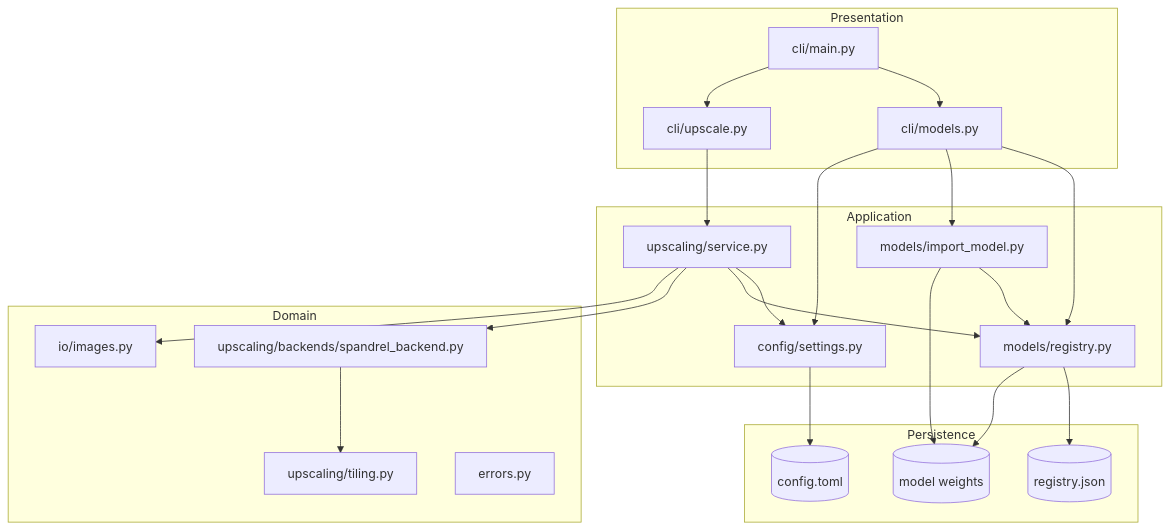
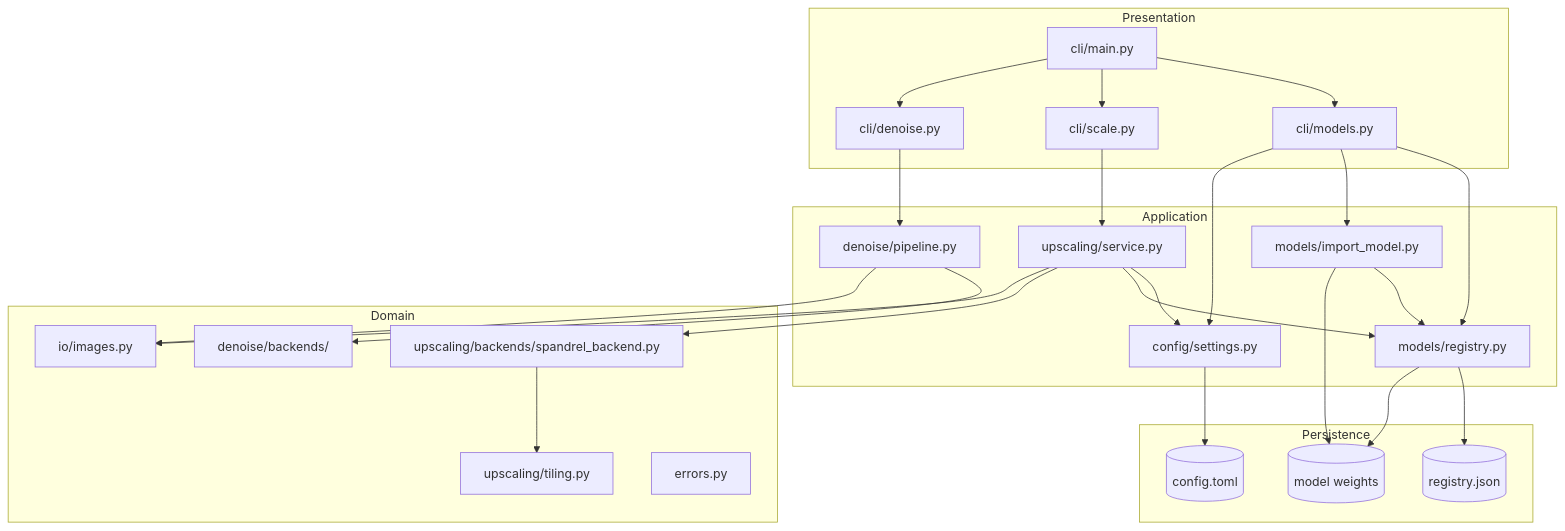
Before and after one commit to codeprimate/easyupscaler: the second of 4 diagrams in docs/architecture.md, drawn with Mermaid. The commit also changed other lines of this file and 39 other files, not shown here.

````diff
--- a/docs/architecture.md
+++ b/docs/architecture.md
@@ -46,45 +46,52 @@
 ```mermaid
 flowchart TB
   subgraph presentation [Presentation]
     MAIN[cli/main.py]
     MODELS_CMD[cli/models.py]
-    UPSCALE_CMD[cli/upscale.py]
+    SCALE_CMD[cli/scale.py]
+    DENOISE_CMD[cli/denoise.py]
   end
 
   subgraph application [Application]
     CFG[config/settings.py]
     REG[models/registry.py]
     IMP[models/import_model.py]
     SVC[upscaling/service.py]
+    DENOISE_SVC[denoise/pipeline.py]
   end
 
   subgraph domain [Domain]
     BACKEND[upscaling/backends/spandrel_backend.py]
+    DENOISE_BACKENDS[denoise/backends/]
     TILE[upscaling/tiling.py]
     IO[io/images.py]
     ERR[errors.py]
   end
 
   subgraph persistence [Persistence]
     CONF[(config.toml)]
     REGJSON[(registry.json)]
     WEIGHTS[(model weights)]
   end
 
   MAIN --> MODELS_CMD
-  MAIN --> UPSCALE_CMD
+  MAIN --> SCALE_CMD
+  MAIN --> DENOISE_CMD
   MODELS_CMD --> REG
   MODELS_CMD --> IMP
   MODELS_CMD --> CFG
-  UPSCALE_CMD --> SVC
+  SCALE_CMD --> SVC
+  DENOISE_CMD --> DENOISE_SVC
+  DENOISE_SVC --> DENOISE_BACKENDS
+  DENOISE_SVC --> IO
   SVC --> CFG
   SVC --> REG
   SVC --> BACKEND
   SVC --> IO
   BACKEND --> TILE
   REG --> REGJSON
   REG --> WEIGHTS
   CFG --> CONF
   IMP --> REG
   IMP --> WEIGHTS
 ```
````
